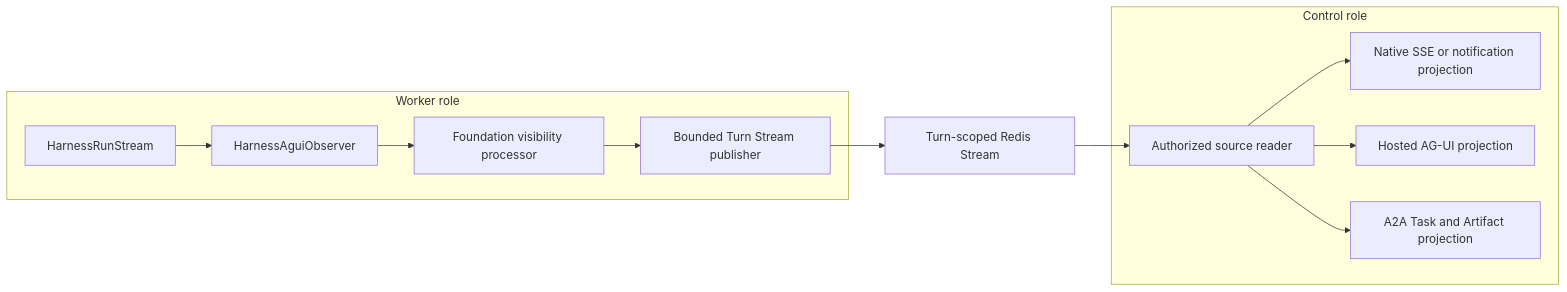
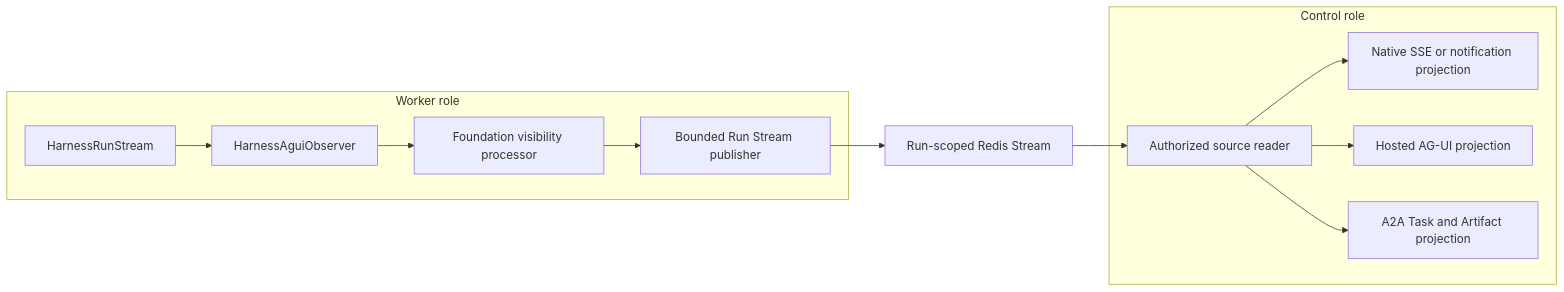
One commit to LTThreeComma/agent-foundation changed the diagram in spec/foundation-service/20-events-usage-and-delivery.md. Above: the diagram before and after it, drawn with Mermaid. The commit also changed other lines of this file and 50 other files, not shown here.

````diff
--- a/spec/foundation-service/20-events-usage-and-delivery.md
+++ b/spec/foundation-service/20-events-usage-and-delivery.md
@@ -28,22 +28,22 @@
 ```mermaid
 flowchart LR
     subgraph Worker[Worker role]
         Harness[HarnessRunStream]
         Observer[HarnessAguiObserver]
         Processor[Foundation visibility processor]
-        Publisher[Bounded Turn Stream publisher]
+        Publisher[Bounded Run Stream publisher]
         Harness --> Observer --> Processor --> Publisher
     end
 
-    Redis[Turn-scoped Redis Stream]
+    Redis[Run-scoped Redis Stream]
 
     subgraph Control[Control role]
         Subscriber[Authorized source reader]
         Native[Native SSE or notification projection]
         Agui[Hosted AG-UI projection]
         A2A[A2A Task and Artifact projection]
         Subscriber --> Native & Agui & A2A
     end
 
     Publisher --> Redis --> Subscriber
 ```
````
